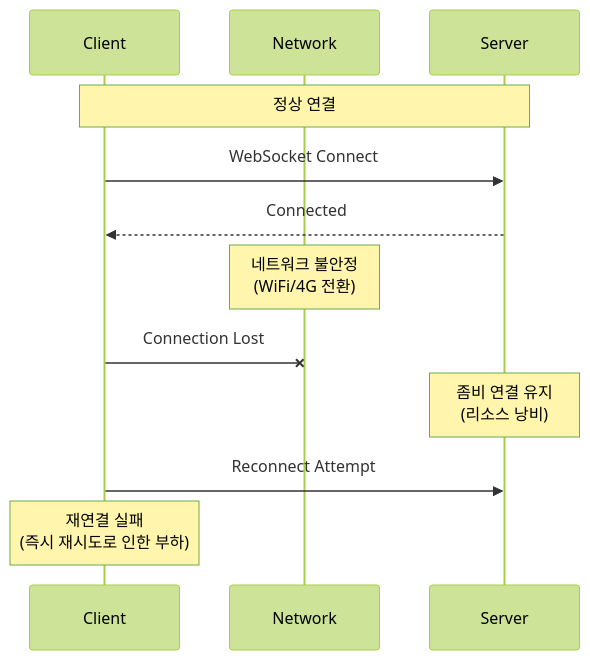
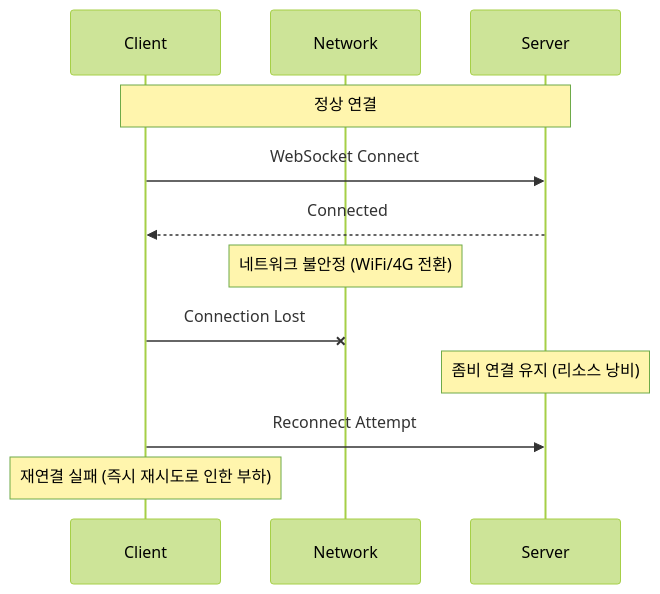
Before and after one commit to 1985jwlee/production-iot-backend: the first of 7 diagrams in TECHNICAL_CHALLENGES.md, drawn with Mermaid (forest theme). The commit also changed other lines of this file, not shown here.

````diff
--- a/TECHNICAL_CHALLENGES.md
+++ b/TECHNICAL_CHALLENGES.md
@@ -21,19 +26,18 @@
 ```mermaid
 sequenceDiagram
     participant C as Client
     participant N as Network
     participant S as Server
-    
+
     Note over C,S: 정상 연결
     C->>S: WebSocket Connect
     S-->>C: Connected
-    
-    Note over N: 네트워크 불안정<br/>(WiFi/4G 전환)
-    
+
+    Note over N: 네트워크 불안정 (WiFi/4G 전환)
     C-xN: Connection Lost
-    
-    Note over S: 좀비 연결 유지<br/>(리소스 낭비)
-    
+
+    Note over S: 좀비 연결 유지 (리소스 낭비)
+
     C->>S: Reconnect Attempt
-    Note over C: 재연결 실패<br/>(즉시 재시도로 인한 부하)
+    Note over C: 재연결 실패 (즉시 재시도로 인한 부하)
 ```
````
